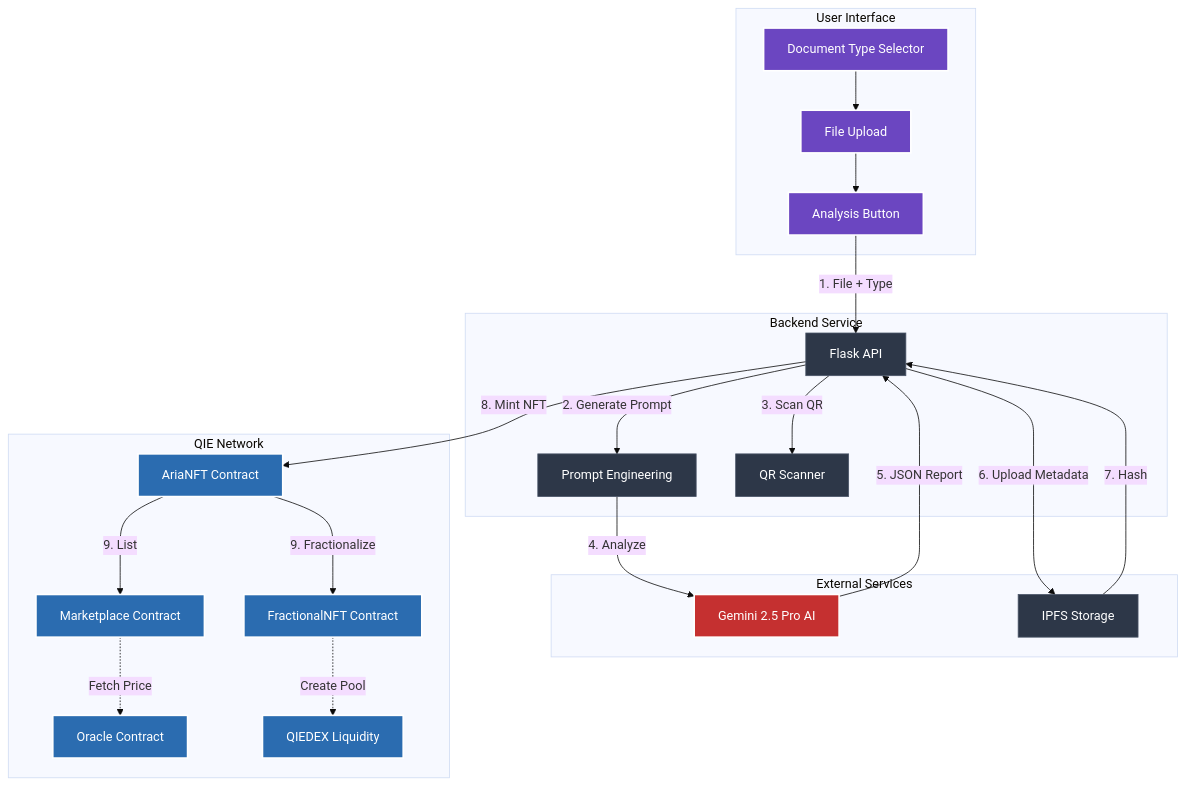
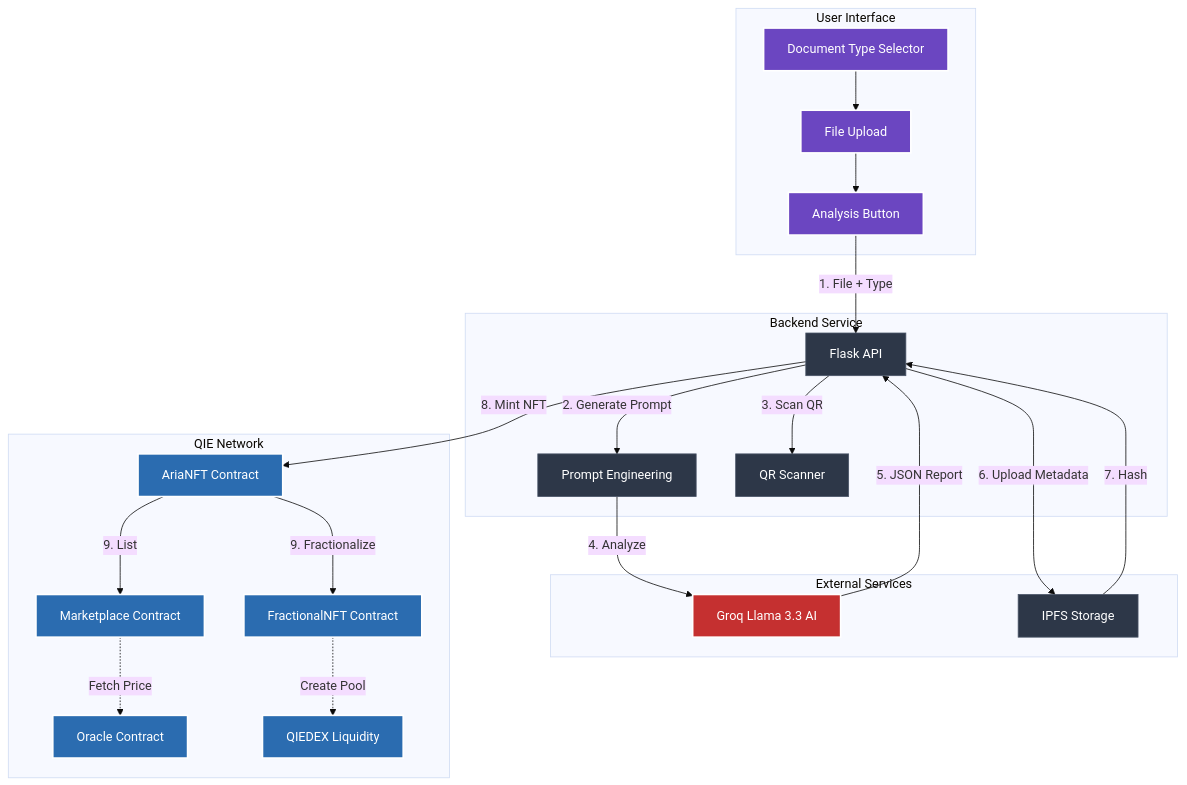
One commit to Nihal-Pandey-2302/ARIA-QIE changed the diagram in README.md. Above: the diagram before and after it, drawn with Mermaid (base theme). The commit also changed other lines of this file, not shown here.

Commit message:
docs: update architecture diagram and tech stack for Groq

````diff
--- a/README.md
+++ b/README.md
@@ -101,55 +101,55 @@
 ```mermaid
 graph TD
     %% Styling
     classDef primary fill:#6b46c1,stroke:#fff,stroke-width:2px,color:#fff;
     classDef secondary fill:#2d3748,stroke:#4a5568,stroke-width:1px,color:#fff;
     classDef blockchain fill:#2b6cb0,stroke:#fff,stroke-width:2px,color:#fff;
     classDef ai fill:#c53030,stroke:#fff,stroke-width:2px,color:#fff;
 
     subgraph UI [User Interface]
         Selector[Document Type Selector]:::primary
         Upload[File Upload]:::primary
         AnalysisBtn[Analysis Button]:::primary
     end
 
     subgraph Backend [Backend Service]
         Flask[Flask API]:::secondary
         Prompt[Prompt Engineering]:::secondary
         QR[QR Scanner]:::secondary
     end
 
     subgraph External [External Services]
-        Gemini[Gemini 2.5 Pro AI]:::ai
+        Groq[Groq Llama 3.3 AI]:::ai
         IPFS[IPFS Storage]:::secondary
     end
 
     subgraph Blockchain [QIE Network]
         AriaNFT[AriaNFT Contract]:::blockchain
         Marketplace[Marketplace Contract]:::blockchain
         Fractional[FractionalNFT Contract]:::blockchain
         Oracle[Oracle Contract]:::blockchain
         QIEDEX[QIEDEX Liquidity]:::blockchain
     end
 
     %% Flow
     Selector --> Upload
     Upload --> AnalysisBtn
     AnalysisBtn -->|1. File + Type| Flask
 
     Flask -->|2. Generate Prompt| Prompt
     Flask -->|3. Scan QR| QR
-    Prompt -->|4. Analyze| Gemini
-    Gemini -->|5. JSON Report| Flask
+    Prompt -->|4. Analyze| Groq
+    Groq -->|5. JSON Report| Flask
 
     Flask -->|6. Upload Metadata| IPFS
     IPFS -->|7. Hash| Flask
 
     Flask -->|8. Mint NFT| AriaNFT
 
     %% Post-Mint
     AriaNFT -->|9. List| Marketplace
     AriaNFT -->|9. Fractionalize| Fractional
 
     Marketplace -.->|Fetch Price| Oracle
     Fractional -.->|Create Pool| QIEDEX
 ```
````
